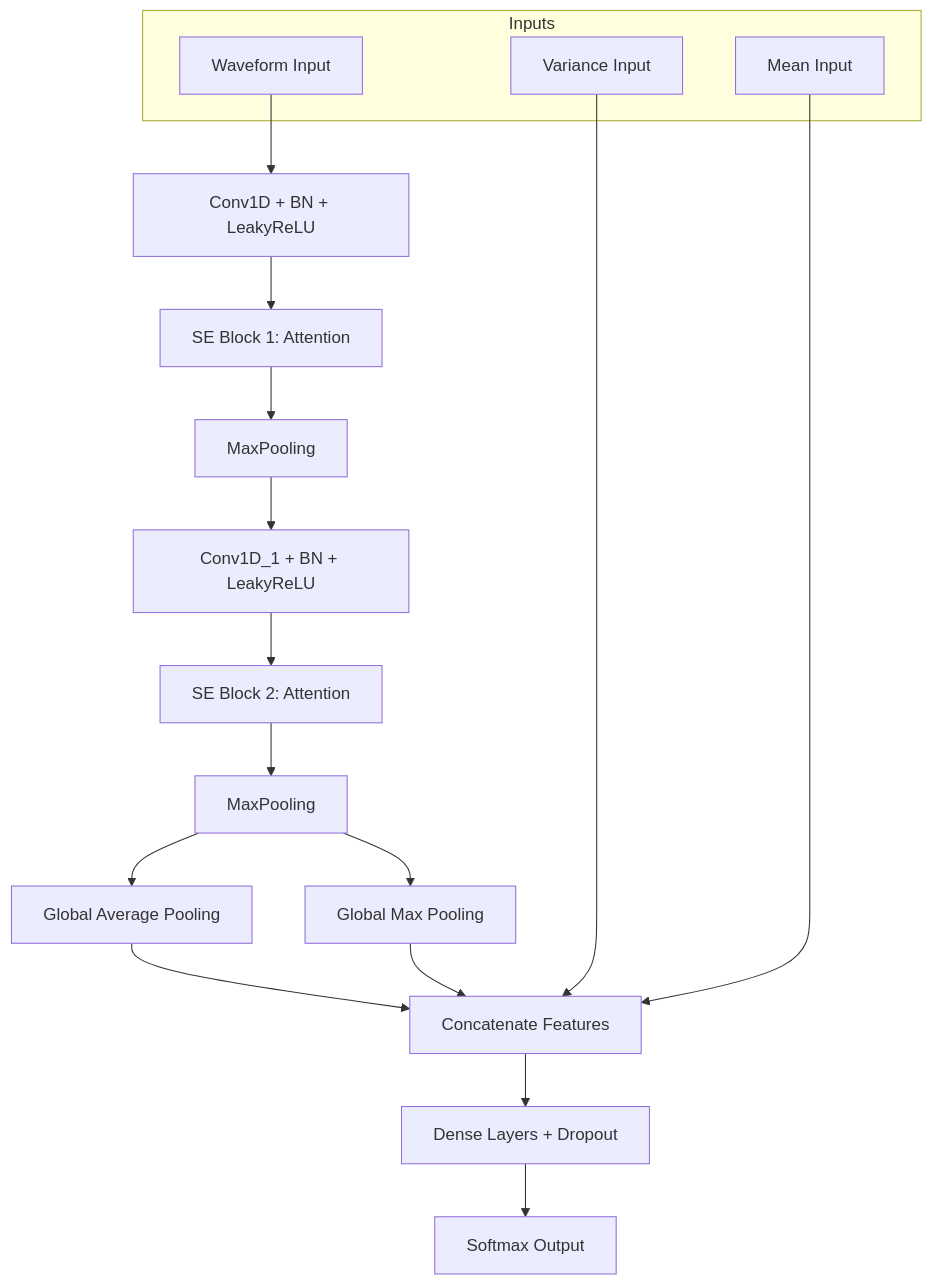
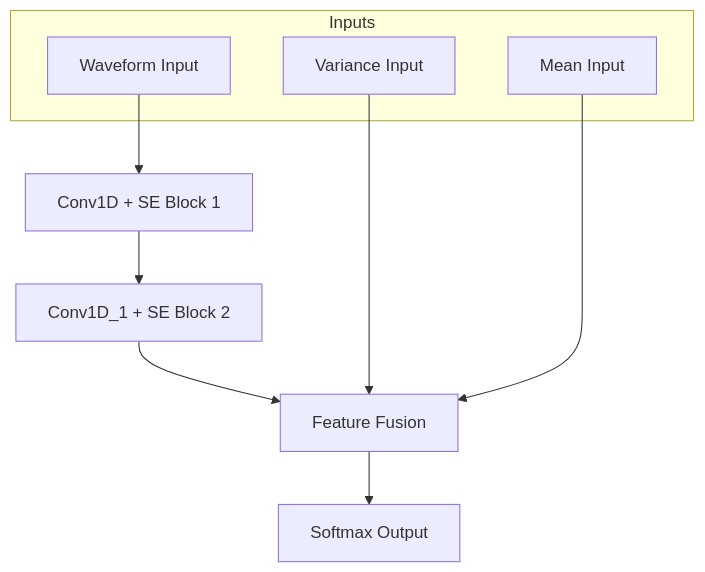
The diagram in readme.md (a3636588a/RESTCN_Training_platform), drawn with Mermaid before and after one commit. The commit also changed other lines of this file, not shown here.

````diff
--- a/readme.md
+++ b/readme.md
@@ -20,27 +18,14 @@
 ```mermaid
 graph TD
     subgraph Inputs
         W[Waveform Input]
         V[Variance Input]
         M[Mean Input]
     end
-
-    W --> C1[Conv1D + BN + LeakyReLU]
-    C1 --> SE1[SE Block 1: Attention]
-    SE1 --> P1[MaxPooling]
-
-    P1 --> C2[Conv1D_1 + BN + LeakyReLU]
-    C2 --> SE2[SE Block 2: Attention]
-    SE2 --> P2[MaxPooling]
-
-    P2 --> GAP[Global Average Pooling]
-    P2 --> GMP[Global Max Pooling]
-    
-    GAP --> Cat[Concatenate Features]
-    GMP --> Cat
+    W --> C1[Conv1D + SE Block 1]
+    C1 --> C2[Conv1D_1 + SE Block 2]
+    C2 --> Cat[Feature Fusion]
     V --> Cat
     M --> Cat
-    
-    Cat --> D1[Dense Layers + Dropout]
-    D1 --> Out[Softmax Output]
+    Cat --> Out[Softmax Output]
 ```
````
